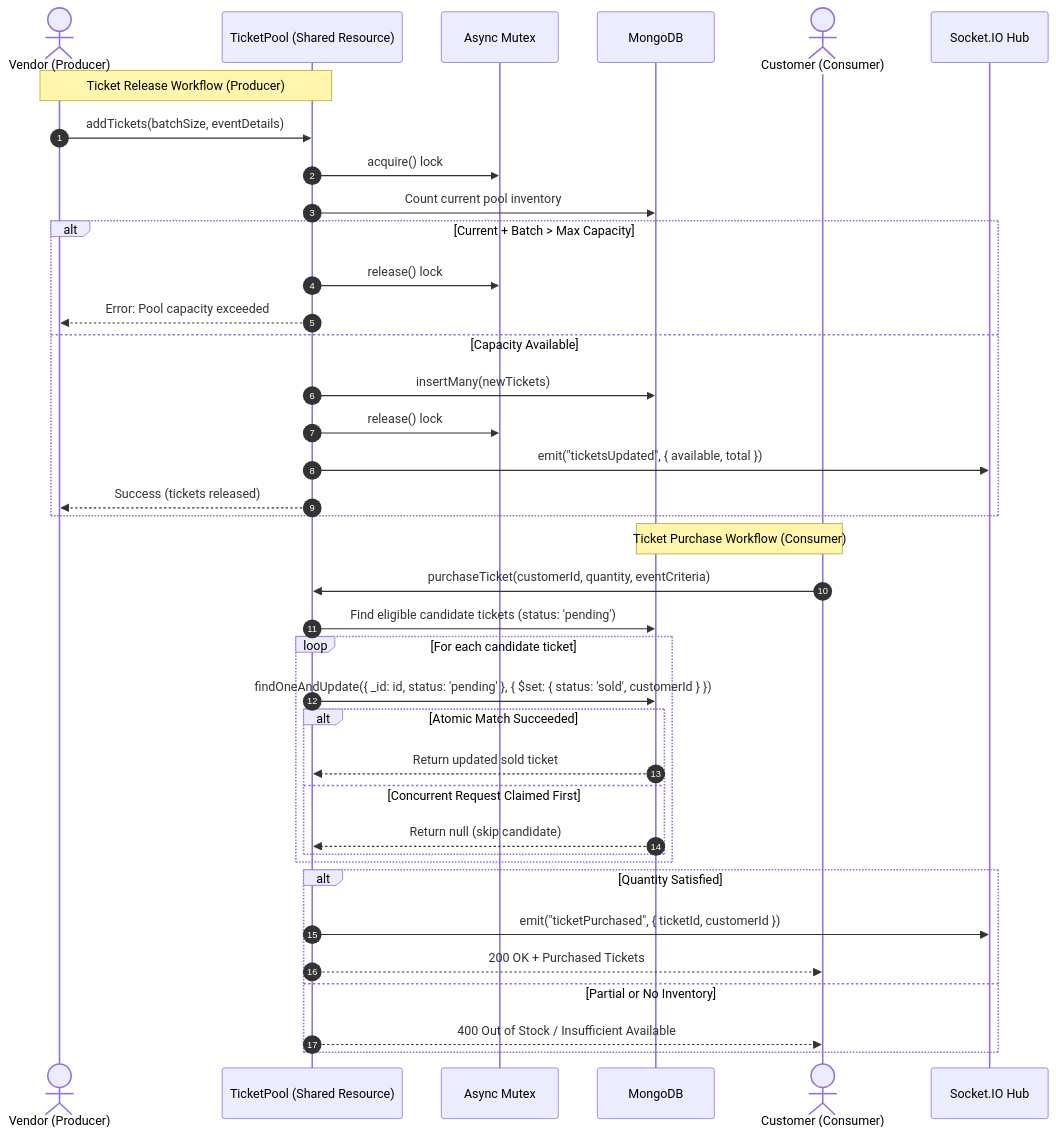
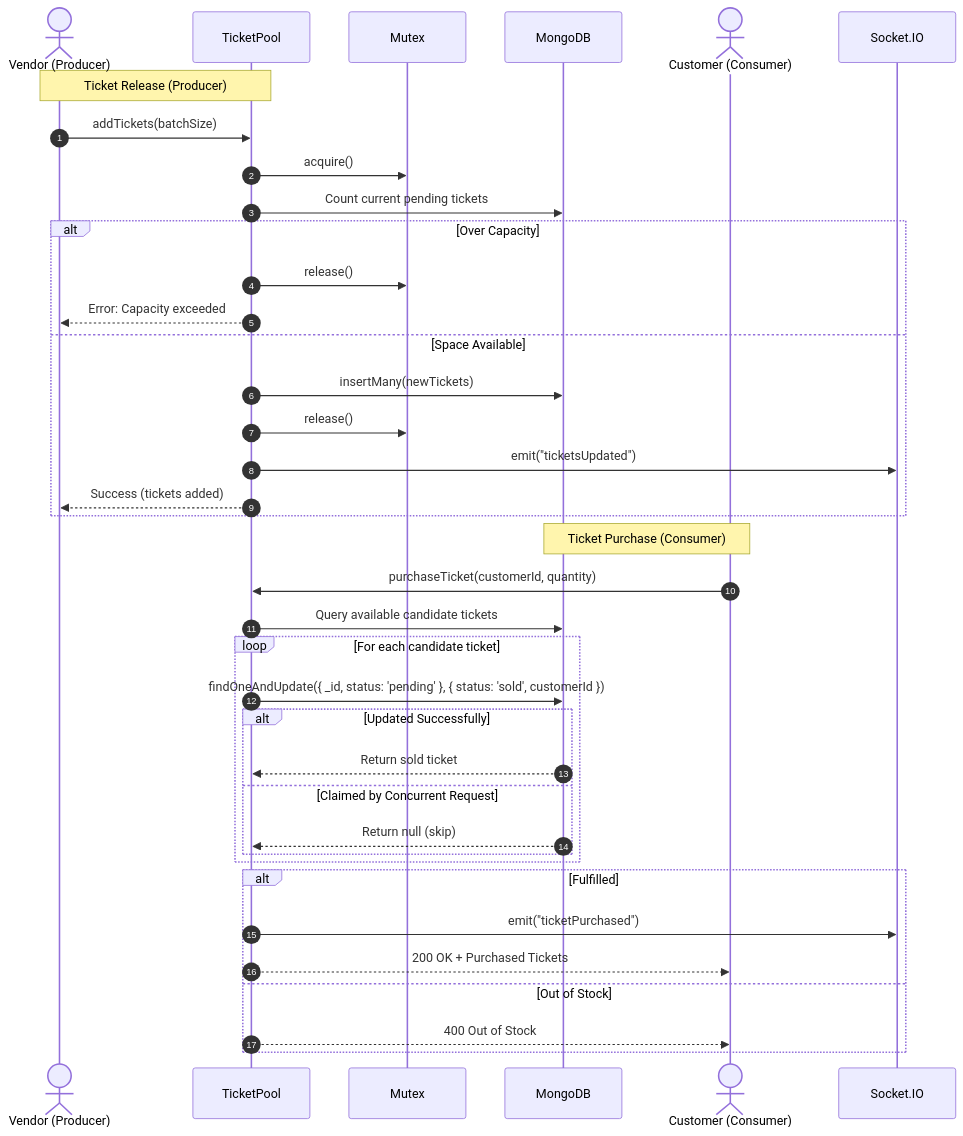
One commit to anjaya02/wavepass-ticketing-system changed the second of 2 diagrams in README.md. Above: the diagram before and after it, drawn with Mermaid. The commit also changed other lines of this file and 2 other files, not shown here.

````diff
--- a/README.md
+++ b/README.md
@@ -154,42 +97,42 @@
 ```mermaid
 sequenceDiagram
     autonumber
     actor V as Vendor (Producer)
-    participant TP as TicketPool (Shared Resource)
-    participant M as Async Mutex
+    participant TP as TicketPool
+    participant M as Mutex
     participant DB as MongoDB
     actor C as Customer (Consumer)
-    participant WS as Socket.IO Hub
+    participant WS as Socket.IO
 
-    Note over V,TP: Ticket Release Workflow (Producer)
-    V->>TP: addTickets(batchSize, eventDetails)
-    TP->>M: acquire() lock
-    TP->>DB: Count current pool inventory
-    alt Current + Batch > Max Capacity
-        TP->>M: release() lock
-        TP-->>V: Error: Pool capacity exceeded
-    else Capacity Available
+    Note over V,TP: Ticket Release (Producer)
+    V->>TP: addTickets(batchSize)
+    TP->>M: acquire()
+    TP->>DB: Count current pending tickets
+    alt Over Capacity
+        TP->>M: release()
+        TP-->>V: Error: Capacity exceeded
+    else Space Available
         TP->>DB: insertMany(newTickets)
-        TP->>M: release() lock
-        TP->>WS: emit("ticketsUpdated", { available, total })
-        TP-->>V: Success (tickets released)
+        TP->>M: release()
+        TP->>WS: emit("ticketsUpdated")
+        TP-->>V: Success (tickets added)
     end
 
-    Note over C,DB: Ticket Purchase Workflow (Consumer)
-    C->>TP: purchaseTicket(customerId, quantity, eventCriteria)
-    TP->>DB: Find eligible candidate tickets (status: 'pending')
+    Note over C,DB: Ticket Purchase (Consumer)
+    C->>TP: purchaseTicket(customerId, quantity)
+    TP->>DB: Query available candidate tickets
     loop For each candidate ticket
-        TP->>DB: findOneAndUpdate({ _id: id, status: 'pending' }, { $set: { status: 'sold', customerId } })
-        alt Atomic Match Succeeded
-            DB-->>TP: Return updated sold ticket
-        else Concurrent Request Claimed First
-            DB-->>TP: Return null (skip candidate)
+        TP->>DB: findOneAndUpdate({ _id, status: 'pending' }, { status: 'sold', customerId })
+        alt Updated Successfully
+            DB-->>TP: Return sold ticket
+        else Claimed by Concurrent Request
+            DB-->>TP: Return null (skip)
         end
     end
-    alt Quantity Satisfied
-        TP->>WS: emit("ticketPurchased", { ticketId, customerId })
+    alt Fulfilled
+        TP->>WS: emit("ticketPurchased")
         TP-->>C: 200 OK + Purchased Tickets
-    else Partial or No Inventory
-        TP-->>C: 400 Out of Stock / Insufficient Available
+    else Out of Stock
+        TP-->>C: 400 Out of Stock
     end
 ```
````
